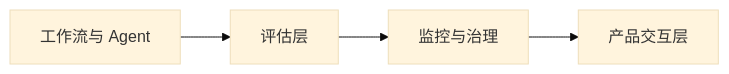
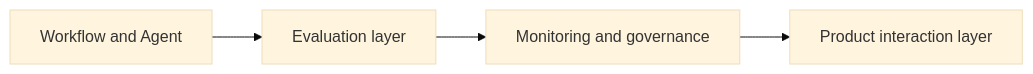
Before and after one commit to oudbiao/AI-fullstack-course: the second of 4 diagrams in docs/intro/modern-ai-stack.md, drawn with Mermaid (base theme). The commit also changed other lines of this file and 1406 other files, not shown here.

````diff
--- a/docs/intro/modern-ai-stack.md
+++ b/docs/intro/modern-ai-stack.md
@@ -42,6 +42,6 @@
 ```mermaid
 flowchart LR
-  E[工作流与 Agent] --> F[评估层]
-  F --> G[监控与治理]
-  G --> H[产品交互层]
+  E[Workflow and Agent] --> F[Evaluation layer]
+  F --> G[Monitoring and governance]
+  G --> H[Product interaction layer]
 ```
````
